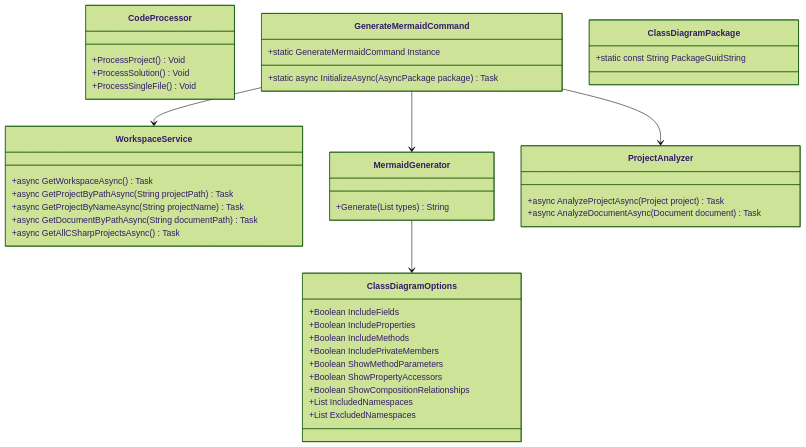
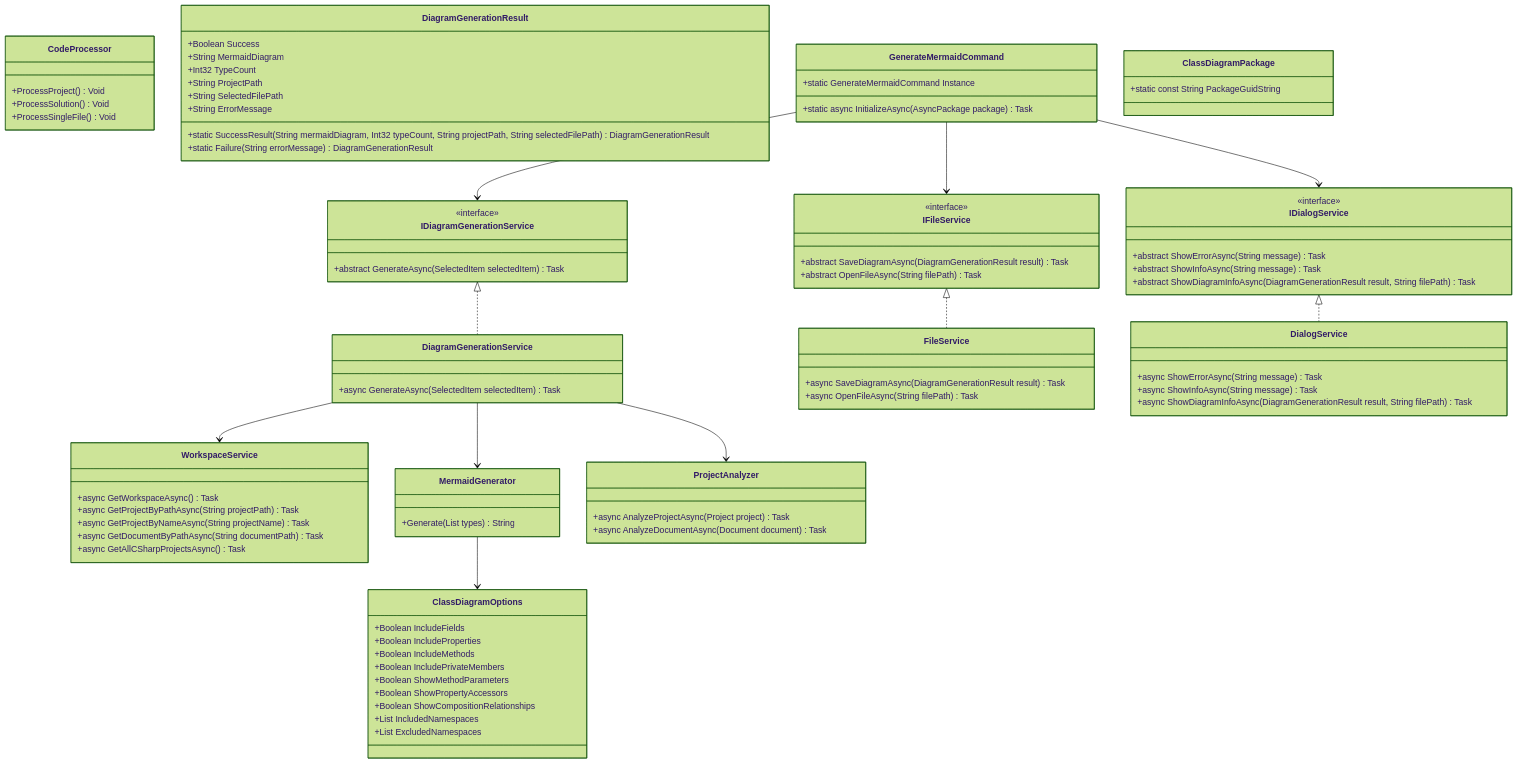
Before and after one commit to rebuss/REBUSS.VSexy: the diagram in REBUSS.VSexy/REBUSS.VSexy.ClassDiagram/REBUSS.VSexy.ClassDiagram.mermaid, drawn with Mermaid (forest theme). The commit also changed 10 other files, not shown here.

First line of the commit message:
Refactor and modularize Mermaid diagram generation

```diff
--- a/REBUSS.VSexy/REBUSS.VSexy.ClassDiagram/REBUSS.VSexy.ClassDiagram.mermaid
+++ b/REBUSS.VSexy/REBUSS.VSexy.ClassDiagram/REBUSS.VSexy.ClassDiagram.mermaid
@@ -1,42 +1,85 @@
 classDiagram
+    class IFileService {
+        <<interface>>
+        +abstract SaveDiagramAsync(DiagramGenerationResult result) Task
+        +abstract OpenFileAsync(String filePath) Task
+    }
+    class IDiagramGenerationService {
+        <<interface>>
+        +abstract GenerateAsync(SelectedItem selectedItem) Task
+    }
+    class DiagramGenerationService {
+        +async GenerateAsync(SelectedItem selectedItem) Task
+    }
     class WorkspaceService {
         +async GetWorkspaceAsync() Task
         +async GetProjectByPathAsync(String projectPath) Task
         +async GetProjectByNameAsync(String projectName) Task
         +async GetDocumentByPathAsync(String documentPath) Task
         +async GetAllCSharpProjectsAsync() Task
     }
     class MermaidGenerator {
         +Generate(List types) String
     }
     class CodeProcessor {
         +ProcessProject() Void
         +ProcessSolution() Void
         +ProcessSingleFile() Void
+    }
+    class IDialogService {
+        <<interface>>
+        +abstract ShowErrorAsync(String message) Task
+        +abstract ShowInfoAsync(String message) Task
+        +abstract ShowDiagramInfoAsync(DiagramGenerationResult result, String filePath) Task
+    }
+    class FileService {
+        +async SaveDiagramAsync(DiagramGenerationResult result) Task
+        +async OpenFileAsync(String filePath) Task
+    }
+    class DialogService {
+        +async ShowErrorAsync(String message) Task
+        +async ShowInfoAsync(String message) Task
+        +async ShowDiagramInfoAsync(DiagramGenerationResult result, String filePath) Task
+    }
+    class DiagramGenerationResult {
+        +Boolean Success
+        +String MermaidDiagram
+        +Int32 TypeCount
+        +String ProjectPath
+        +String SelectedFilePath
+        +String ErrorMessage
+        +static SuccessResult(String mermaidDiagram, Int32 typeCount, String projectPath, String selectedFilePath) DiagramGenerationResult
+        +static Failure(String errorMessage) DiagramGenerationResult
     }
     class GenerateMermaidCommand {
         +static GenerateMermaidCommand Instance
         +static async InitializeAsync(AsyncPackage package) Task
     }
     class ClassDiagramPackage {
         +static const String PackageGuidString
     }
     class ProjectAnalyzer {
         +async AnalyzeProjectAsync(Project project) Task
         +async AnalyzeDocumentAsync(Document document) Task
     }
     class ClassDiagramOptions {
         +Boolean IncludeFields
         +Boolean IncludeProperties
         +Boolean IncludeMethods
         +Boolean IncludePrivateMembers
         +Boolean ShowMethodParameters
         +Boolean ShowPropertyAccessors
         +Boolean ShowCompositionRelationships
         +List IncludedNamespaces
         +List ExcludedNamespaces
     }
+    IDiagramGenerationService <|.. DiagramGenerationService
+    DiagramGenerationService --> WorkspaceService
+    DiagramGenerationService --> ProjectAnalyzer
+    DiagramGenerationService --> MermaidGenerator
     MermaidGenerator --> ClassDiagramOptions
-    GenerateMermaidCommand --> WorkspaceService
-    GenerateMermaidCommand --> ProjectAnalyzer
-    GenerateMermaidCommand --> MermaidGenerator
+    IFileService <|.. FileService
+    IDialogService <|.. DialogService
+    GenerateMermaidCommand --> IDialogService
+    GenerateMermaidCommand --> IDiagramGenerationService
+    GenerateMermaidCommand --> IFileService
```
